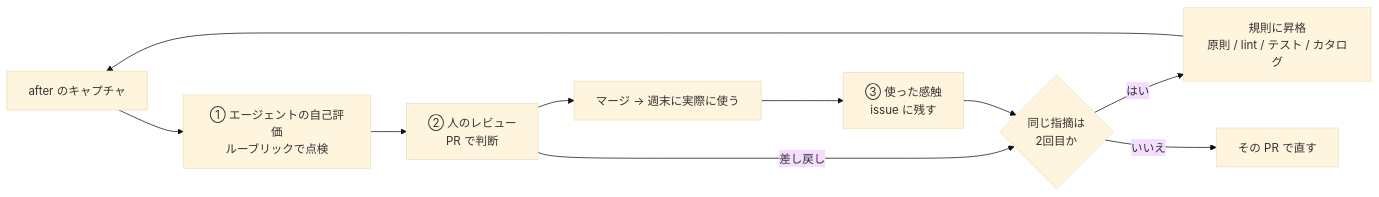
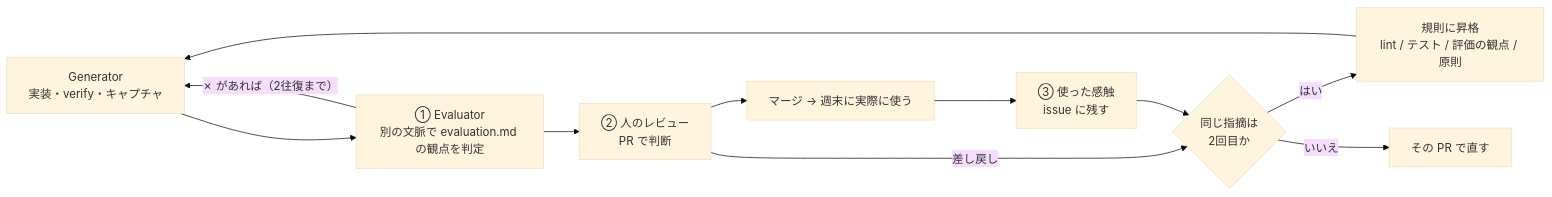
Before and after one commit to Atoyr/keiba-note: the third of 3 diagrams in docs/harness.md, drawn with Mermaid (base theme). The commit also changed other lines of this file and 17 other files, not shown here.

````diff
--- a/docs/harness.md
+++ b/docs/harness.md
@@ -688,12 +486,13 @@
 ```mermaid
 flowchart LR
-    A["after のキャプチャ"] --> B["① エージェントの自己評価<br/>ルーブリックで点検"]
+    G["Generator<br/>実装・verify・キャプチャ"] --> B["① Evaluator<br/>別の文脈で evaluation.md の観点を判定"]
+    B -- "✗ があれば（2往復まで）" --> G
     B --> C["② 人のレビュー<br/>PR で判断"]
     C --> D["マージ → 週末に実際に使う"]
     D --> E["③ 使った感触<br/>issue に残す"]
     C -- 差し戻し --> F{"同じ指摘は<br/>2回目か"}
     E --> F
-    F -- はい --> G["規則に昇格<br/>原則 / lint / テスト / カタログ"]
+    F -- はい --> R["規則に昇格<br/>lint / テスト / 評価の観点 / 原則"]
     F -- いいえ --> H["その PR で直す"]
-    G --> A
+    R --> G
 ```
````
